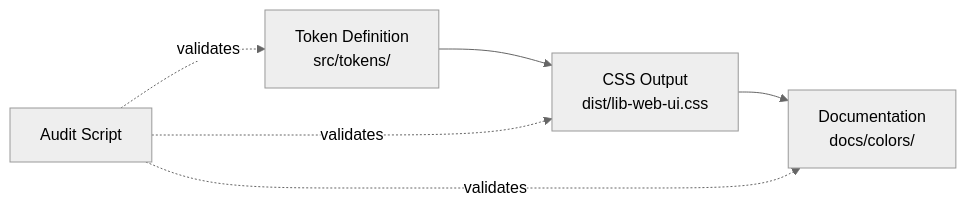
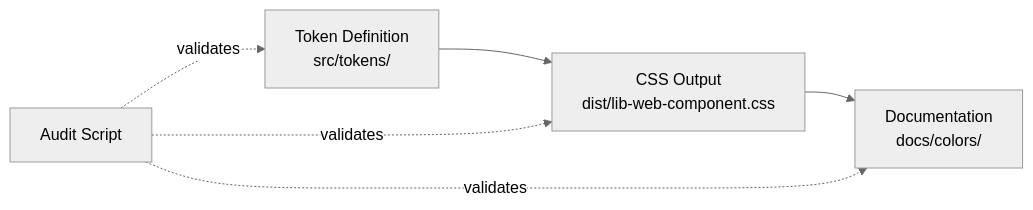
Before and after one commit to graezykev/designgreat: the diagram in docs/progress-logs/02-AUDIT_REPORT.md, drawn with Mermaid (neutral theme). The commit also changed 102 other files, not shown here.

````diff
--- a/docs/progress-logs/02-AUDIT_REPORT.md
+++ b/docs/progress-logs/02-AUDIT_REPORT.md
@@ -120,8 +120,8 @@
 ```mermaid
 graph LR
-    A[Token Definition<br/>src/tokens/] --> B[CSS Output<br/>dist/lib-web-ui.css]
+    A[Token Definition<br/>src/tokens/] --> B[CSS Output<br/>dist/lib-web-component.css]
     B --> C[Documentation<br/>docs/colors/]
     D[Audit Script] -.validates.-> A
     D -.validates.-> B
     D -.validates.-> C
 ```
````
